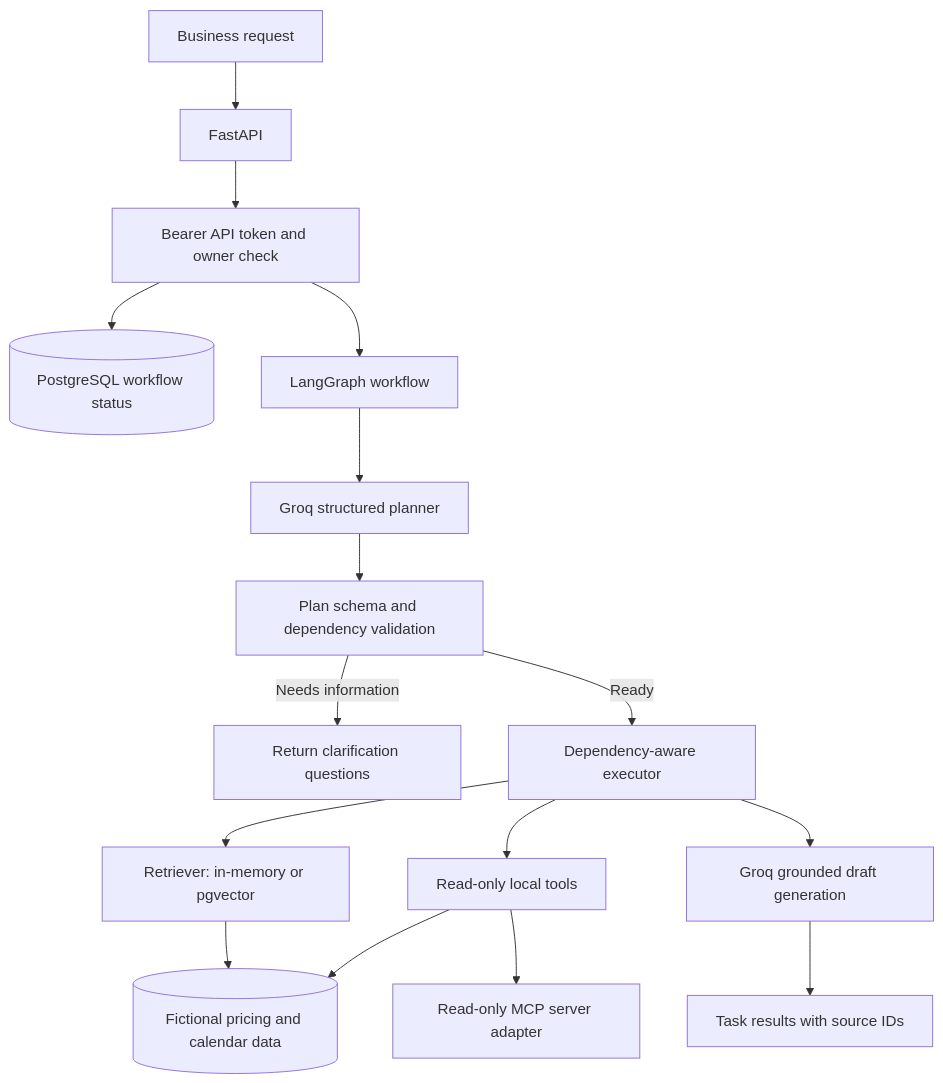
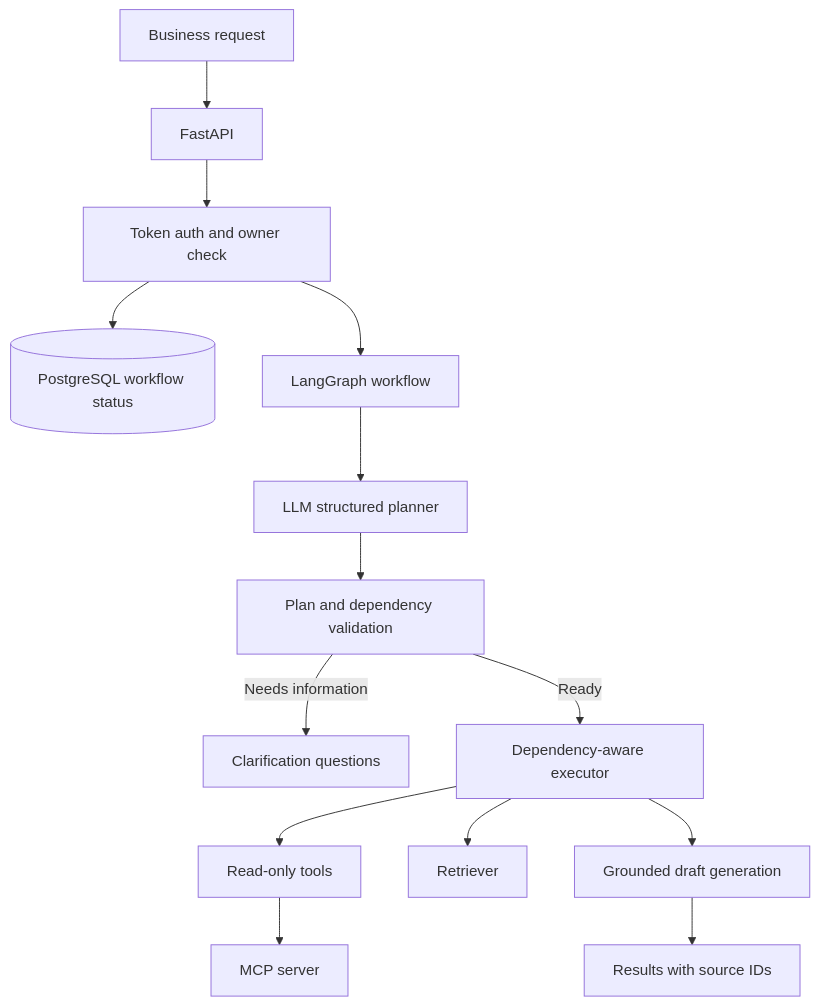
One commit to Prashil001/WorkFLow-AI changed the second of 2 diagrams in README.md. Above: the diagram before and after it, drawn with Mermaid. The commit also changed other lines of this file and 1 other file, not shown here.

````diff
--- a/README.md
+++ b/README.md
@@ -32,18 +76,16 @@
 ```mermaid
 flowchart TD
     R[Business request] --> API[FastAPI]
-    API --> AUTH[Bearer API token and owner check]
+    API --> AUTH[Token auth and owner check]
     AUTH --> DB[(PostgreSQL workflow status)]
     AUTH --> G[LangGraph workflow]
-    G --> P[Groq structured planner]
-    P --> V[Plan schema and dependency validation]
-    V -->|Needs information| Q[Return clarification questions]
+    G --> P[LLM structured planner]
+    P --> V[Plan and dependency validation]
+    V -->|Needs information| Q[Clarification questions]
     V -->|Ready| X[Dependency-aware executor]
-    X --> T[Read-only local tools]
-    T --> D[(Fictional pricing and calendar data)]
-    X --> RET["Retriever: in-memory or pgvector"]
-    RET --> D
-    X --> L[Groq grounded draft generation]
-    L --> OUT[Task results with source IDs]
-    T --> MCP[Read-only MCP server adapter]
+    X --> T[Read-only tools]
+    X --> RET[Retriever]
+    X --> L[Grounded draft generation]
+    L --> OUT[Results with source IDs]
+    T --> MCP[MCP server]
 ```
````
